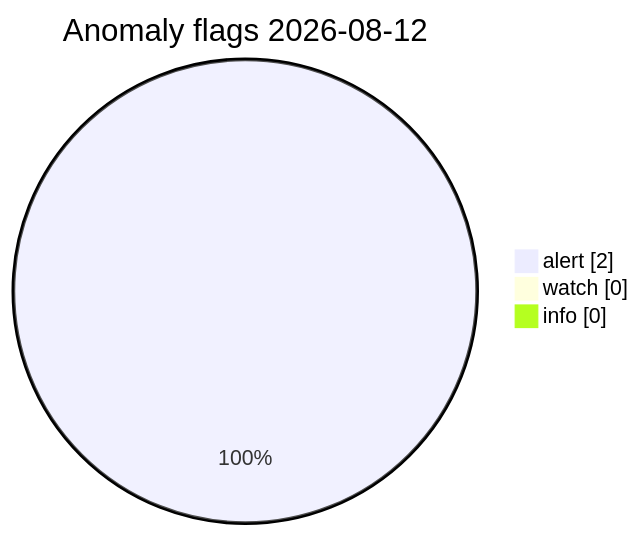
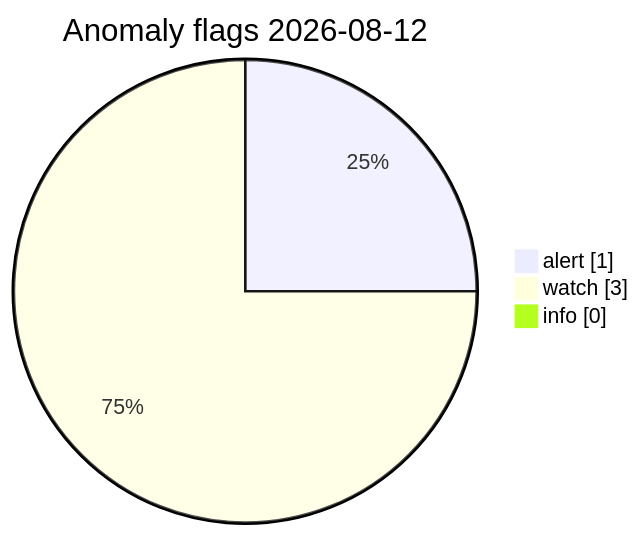
One commit to Midwest-Stratospheric/Unified-Open-Global-Weather changed the diagram in visuals/latest/CHARTS.md. Above: the diagram before and after it, drawn with Mermaid. The commit also changed other lines of this file and 13 other files, not shown here.

Commit message:
data(visuals): automated charts 2026-08-12T12:01Z

````diff
--- a/visuals/latest/CHARTS.md
+++ b/visuals/latest/CHARTS.md
@@ -73,7 +73,7 @@
 ```mermaid
 pie showData
   title Anomaly flags 2026-08-12
-  "alert" : 2
-  "watch" : 0
+  "alert" : 1
+  "watch" : 3
   "info" : 0
 ```
````
